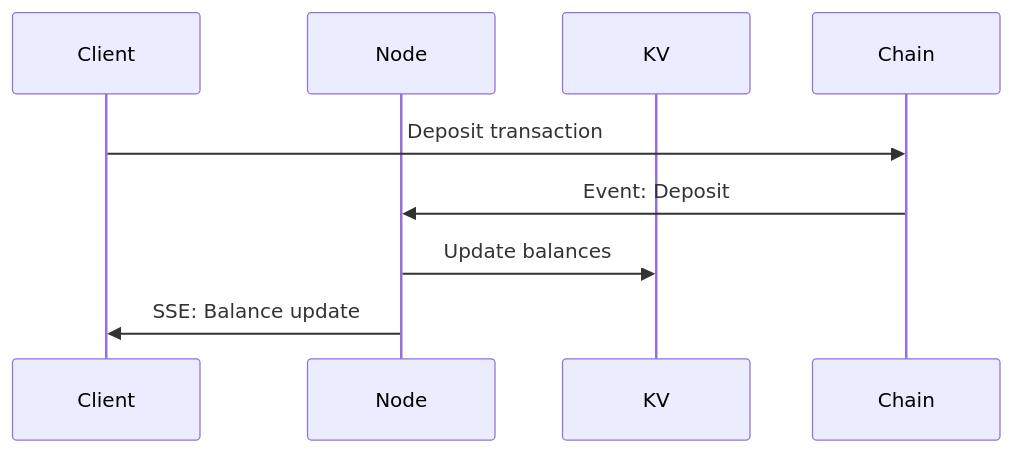
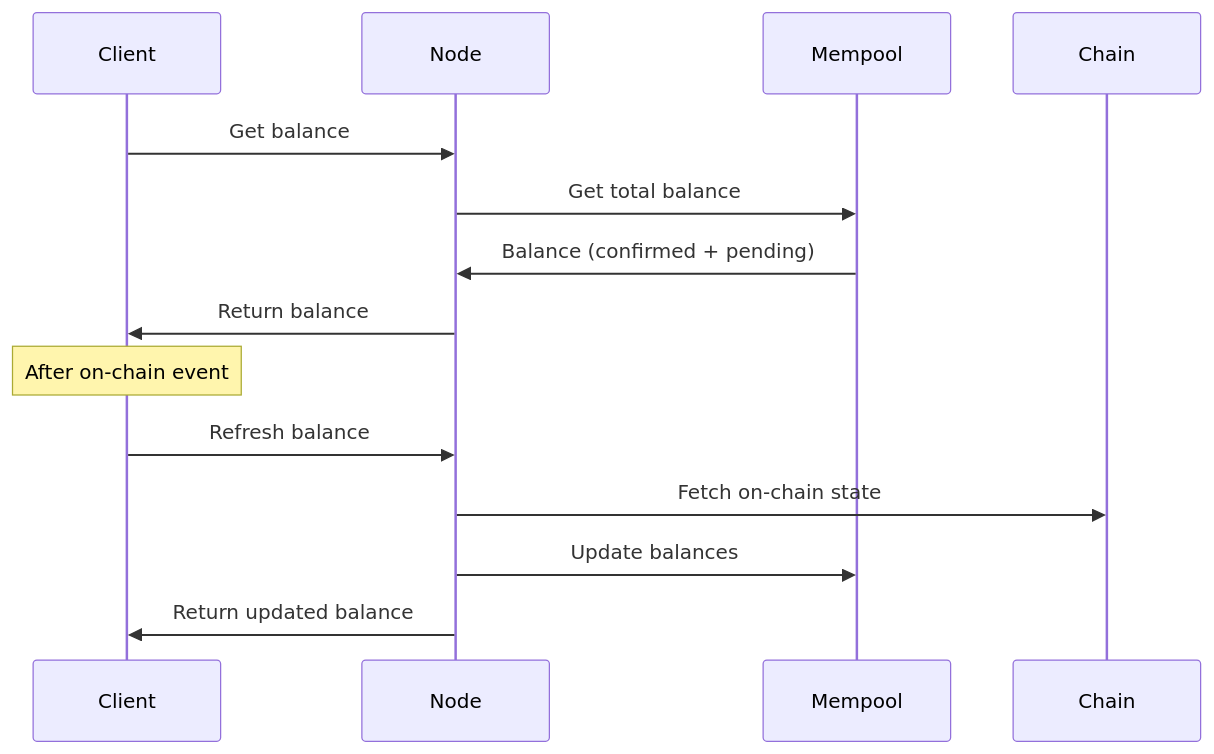
The third of 3 diagrams in docs/ARCHITECTURE.md (r0zar/blaze), drawn with Mermaid before and after one commit. The commit also changed other lines of this file and 10 other files, not shown here.

````diff
--- a/docs/ARCHITECTURE.md
+++ b/docs/ARCHITECTURE.md
@@ -166,12 +117,18 @@
 ```mermaid
 sequenceDiagram
     participant Client
     participant Node
-    participant KV
+    participant Mempool
     participant Chain
 
-    Client->>Chain: Deposit transaction
-    Chain->>Node: Event: Deposit
-    Node->>KV: Update balances
-    Node->>Client: SSE: Balance update
+    Client->>Node: Get balance
+    Node->>Mempool: Get total balance
+    Mempool->>Node: Balance (confirmed + pending)
+    Node->>Client: Return balance
+    
+    Note over Client: After on-chain event
+    Client->>Node: Refresh balance
+    Node->>Chain: Fetch on-chain state
+    Node->>Mempool: Update balances
+    Node->>Client: Return updated balance
 ```
````
